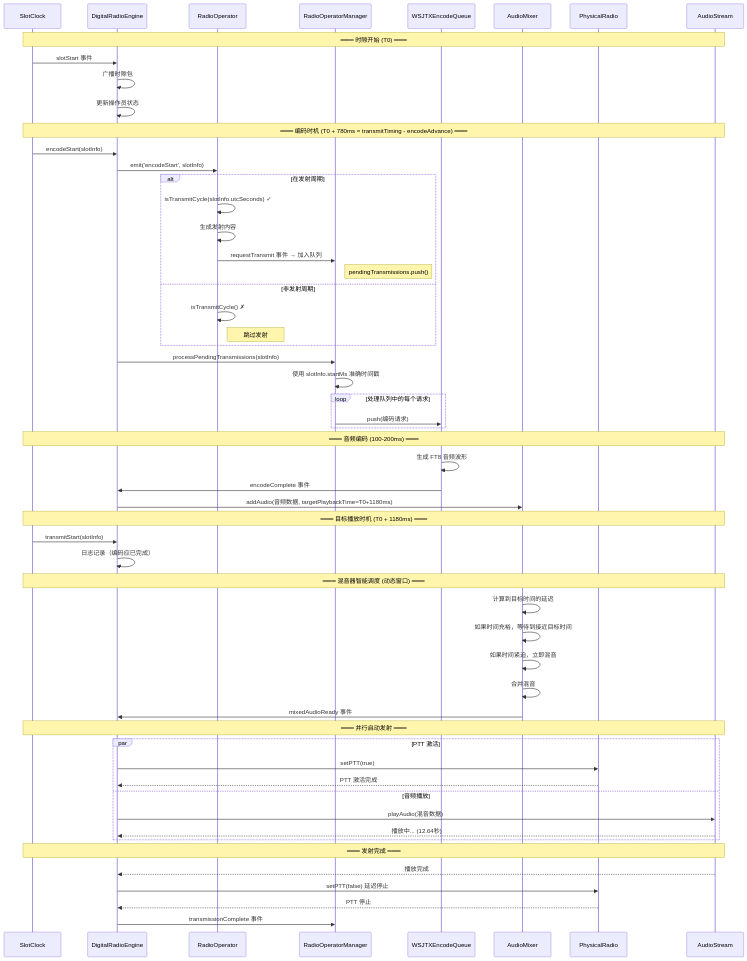
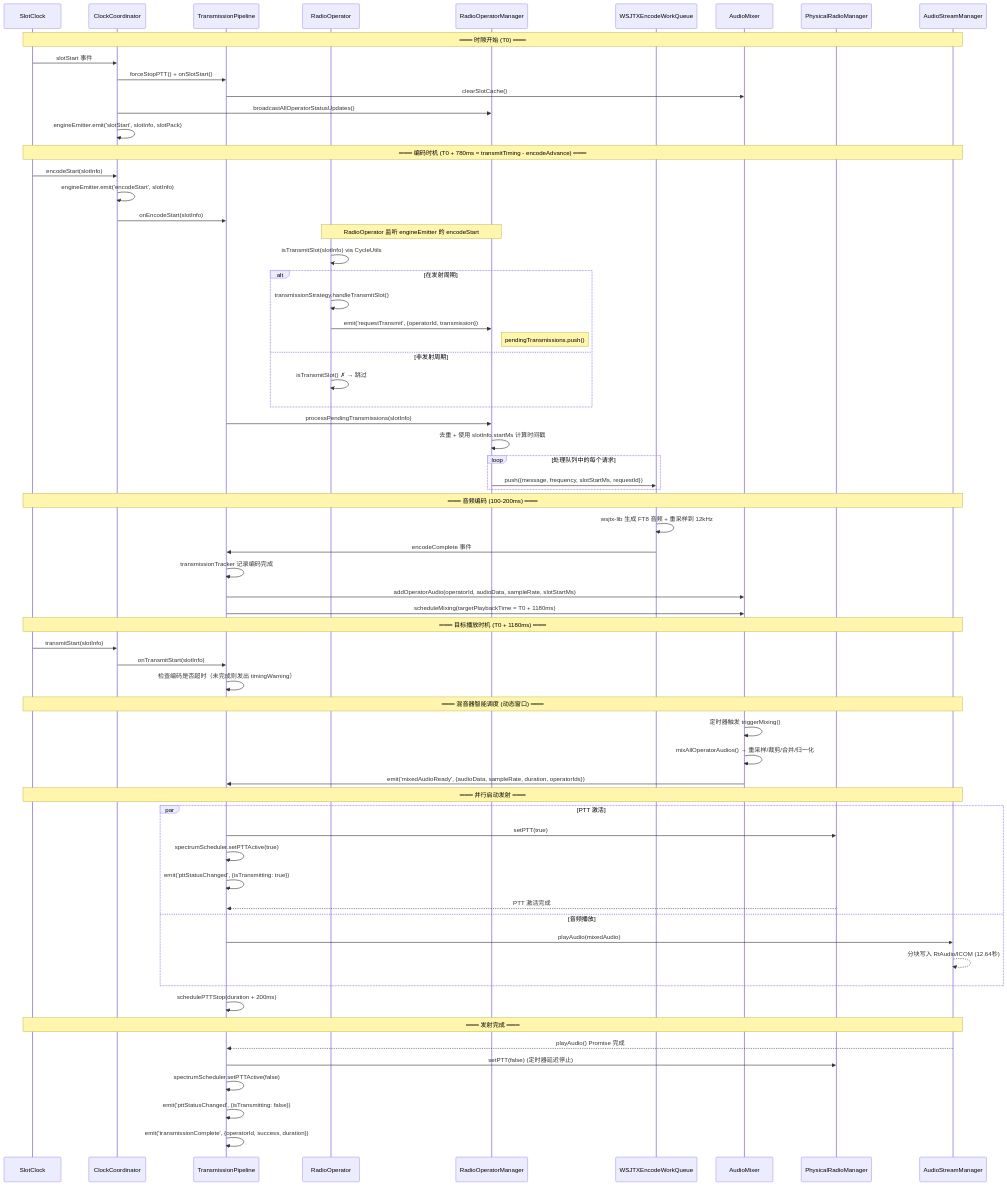
The diagram in packages/server/CLAUDE.md (boybook/tx-5dr), drawn with Mermaid before and after one commit. The commit also changed other lines of this file and 9 other files, not shown here.

First line of the commit message:
docs: update transmission timing diagram and remove obsolete design docs

````diff
--- a/packages/server/CLAUDE.md
+++ b/packages/server/CLAUDE.md
@@ -75,68 +75,78 @@
 ```mermaid
 sequenceDiagram
     participant Clock as SlotClock
-    participant Engine as DigitalRadioEngine
+    participant Coord as ClockCoordinator
+    participant Pipeline as TransmissionPipeline
     participant Operator as RadioOperator
     participant Manager as RadioOperatorManager
-    participant EncQueue as WSJTXEncodeQueue
+    participant EncQueue as WSJTXEncodeWorkQueue
     participant Mixer as AudioMixer
-    participant PTT as PhysicalRadio
-    participant Audio as AudioStream
+    participant PTT as PhysicalRadioManager
+    participant Audio as AudioStreamManager
 
     Note over Clock,Audio: ═══ 时隙开始 (T0) ═══
-    Clock->>Engine: slotStart 事件
-    Engine->>Engine: 广播时隙包
-    Engine->>Engine: 更新操作员状态
+    Clock->>Coord: slotStart 事件
+    Coord->>Pipeline: forceStopPTT() + onSlotStart()
+    Pipeline->>Mixer: clearSlotCache()
+    Coord->>Manager: broadcastAllOperatorStatusUpdates()
+    Coord->>Coord: engineEmitter.emit('slotStart', slotInfo, slotPack)
 
     Note over Clock,Audio: ═══ 编码时机 (T0 + 780ms = transmitTiming - encodeAdvance) ═══
-    Clock->>Engine: encodeStart(slotInfo)
-    Engine->>Operator: emit('encodeStart', slotInfo)
+    Clock->>Coord: encodeStart(slotInfo)
+    Coord->>Coord: engineEmitter.emit('encodeStart', slotInfo)
+    Coord->>Pipeline: onEncodeStart(slotInfo)
+
+    Note over Operator,Manager: RadioOperator 监听 engineEmitter 的 encodeStart
+    Operator->>Operator: isTransmitSlot(slotInfo) via CycleUtils
 
     alt 在发射周期
-        Operator->>Operator: isTransmitCycle(slotInfo.utcSeconds) ✓
-        Operator->>Operator: 生成发射内容
-        Operator->>Manager: requestTransmit 事件 → 加入队列
+        Operator->>Operator: transmissionStrategy.handleTransmitSlot()
+        Operator->>Manager: emit('requestTransmit', {operatorId, transmission})
         Note right of Manager: pendingTransmissions.push()
     else 非发射周期
-        Operator->>Operator: isTransmitCycle() ✗
-        Note right of Operator: 跳过发射
+        Operator->>Operator: isTransmitSlot() ✗ → 跳过
     end
 
-    Engine->>Manager: processPendingTransmissions(slotInfo)
-    Manager->>Manager: 使用 slotInfo.startMs 准确时间戳
+    Pipeline->>Manager: processPendingTransmissions(slotInfo)
+    Manager->>Manager: 去重 + 使用 slotInfo.startMs 计算时间戳
 
     loop 处理队列中的每个请求
-        Manager->>EncQueue: push(编码请求)
+        Manager->>EncQueue: push({message, frequency, slotStartMs, requestId})
     end
 
     Note over Clock,Audio: ═══ 音频编码 (100-200ms) ═══
-    EncQueue->>EncQueue: 生成 FT8 音频波形
-    EncQueue->>Engine: encodeComplete 事件
-    Engine->>Mixer: addAudio(音频数据, targetPlaybackTime=T0+1180ms)
+    EncQueue->>EncQueue: wsjtx-lib 生成 FT8 音频 + 重采样到 12kHz
+    EncQueue->>Pipeline: encodeComplete 事件
+    Pipeline->>Pipeline: transmissionTracker 记录编码完成
+    Pipeline->>Mixer: addOperatorAudio(operatorId, audioData, sampleRate, slotStartMs)
+    Pipeline->>Mixer: scheduleMixing(targetPlaybackTime = T0 + 1180ms)
 
     Note over Clock,Audio: ═══ 目标播放时机 (T0 + 1180ms) ═══
-    Clock->>Engine: transmitStart(slotInfo)
-    Engine->>Engine: 日志记录（编码应已完成）
+    Clock->>Coord: transmitStart(slotInfo)
+    Coord->>Pipeline: onTransmitStart(slotInfo)
+    Pipeline->>Pipeline: 检查编码是否超时（未完成则发出 timingWarning）
 
     Note over Clock,Audio: ═══ 混音器智能调度 (动态窗口) ═══
-    Mixer->>Mixer: 计算到目标时间的延迟
-    Mixer->>Mixer: 如果时间充裕，等待到接近目标时间
-    Mixer->>Mixer: 如果时间紧迫，立即混音
-    Mixer->>Mixer: 合并混音
-    Mixer->>Engine: mixedAudioReady 事件
+    Mixer->>Mixer: 定时器触发 triggerMixing()
+    Mixer->>Mixer: mixAllOperatorAudios() → 重采样/裁剪/合并/归一化
+    Mixer->>Pipeline: emit('mixedAudioReady', {audioData, sampleRate, duration, operatorIds})
 
     Note over Clock,Audio: ═══ 并行启动发射 ═══
     par PTT 激活
-        Engine->>PTT: setPTT(true)
-        PTT-->>Engine: PTT 激活完成
+        Pipeline->>PTT: setPTT(true)
+        Pipeline->>Pipeline: spectrumScheduler.setPTTActive(true)
+        Pipeline->>Pipeline: emit('pttStatusChanged', {isTransmitting: true})
+        PTT-->>Pipeline: PTT 激活完成
     and 音频播放
-        Engine->>Audio: playAudio(混音数据)
-        Audio-->>Engine: 播放中... (12.64秒)
+        Pipeline->>Audio: playAudio(mixedAudio)
+        Audio-->>Audio: 分块写入 RtAudio/ICOM (12.64秒)
     end
+    Pipeline->>Pipeline: schedulePTTStop(duration + 200ms)
 
     Note over Clock,Audio: ═══ 发射完成 ═══
-    Audio-->>Engine: 播放完成
-    Engine->>PTT: setPTT(false) 延迟停止
-    PTT-->>Engine: PTT 停止
-    Engine->>Manager: transmissionComplete 事件
+    Audio-->>Pipeline: playAudio() Promise 完成
+    Pipeline->>PTT: setPTT(false) (定时器延迟停止)
+    Pipeline->>Pipeline: spectrumScheduler.setPTTActive(false)
+    Pipeline->>Pipeline: emit('pttStatusChanged', {isTransmitting: false})
+    Pipeline->>Pipeline: emit('transmissionComplete', {operatorId, success, duration})
 ```
````
